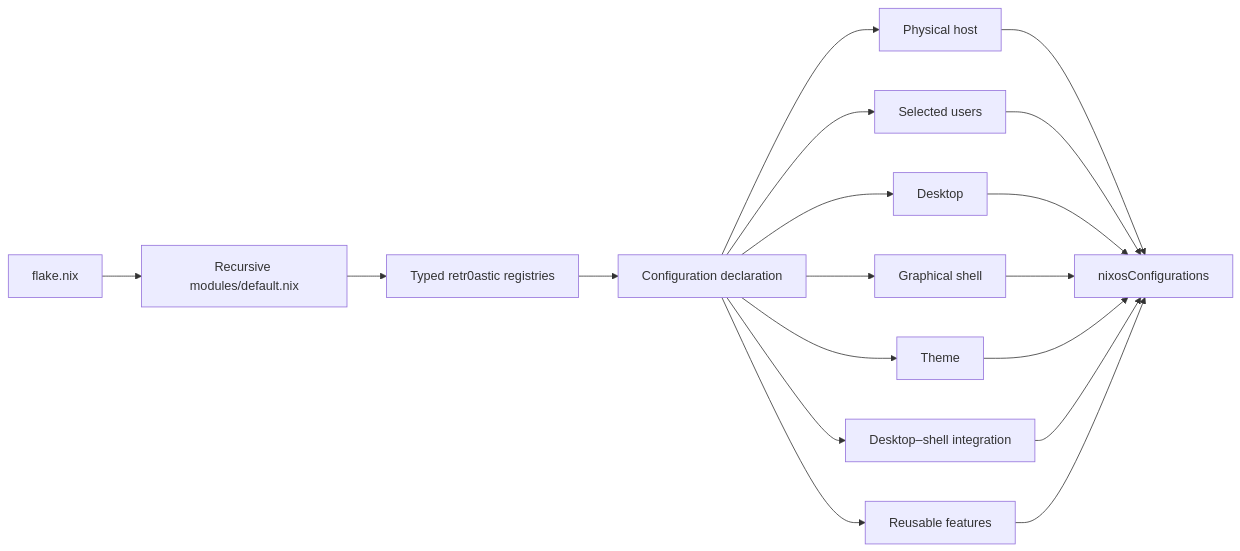
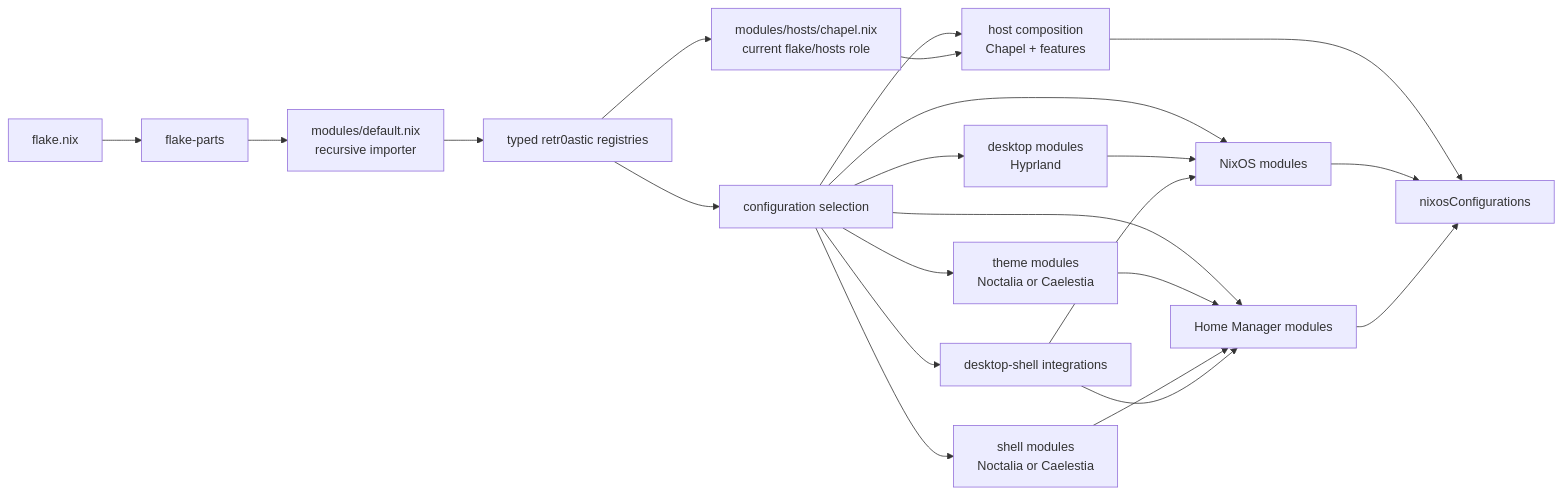
One commit to Retr0astic/nixos changed the diagram in README.md. Above: the diagram before and after it, drawn with Mermaid. The commit also changed other lines of this file, not shown here.

````diff
--- a/README.md
+++ b/README.md
@@ -50,16 +76,24 @@
-```mermaid
+~~~mermaid
 flowchart LR
-    F[flake.nix] --> M[Recursive modules/default.nix]
-    M --> R[Typed retr0astic registries]
-    R --> C[Configuration declaration]
-
-    C --> H[Physical host]
-    C --> U[Selected users]
-    C --> D[Desktop]
-    C --> S[Graphical shell]
-    C --> T[Theme]
-    C --> I[Desktop–shell integration]
-    C --> X[Reusable features]
-
-    H & U & D & S & T & I & X --> N[nixosConfigurations]
-```
+    F[flake.nix] --> P[flake-parts]
+    P --> I[modules/default.nix<br/>recursive importer]
+    I --> R[typed retr0astic registries]
+    R --> H[modules/hosts/chapel.nix<br/>current flake/hosts role]
+    R --> C[configuration selection]
+    C --> HC[host composition<br/>Chapel + features]
+    C --> D[desktop modules<br/>Hyprland]
+    C --> T[theme modules<br/>Noctalia or Caelestia]
+    C --> S[shell modules<br/>Noctalia or Caelestia]
+    C --> G[desktop-shell integrations]
+    C --> N[NixOS modules]
+    C --> M[Home Manager modules]
+    H --> HC
+    D --> N
+    T --> M
+    S --> M
+    G --> N
+    G --> M
+    HC --> O[nixosConfigurations]
+    N --> O
+    M --> O
+~~~
````
